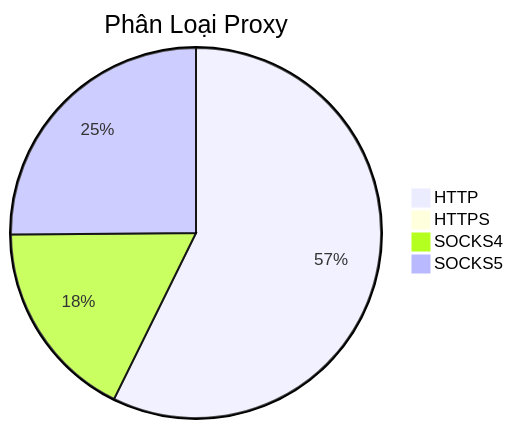
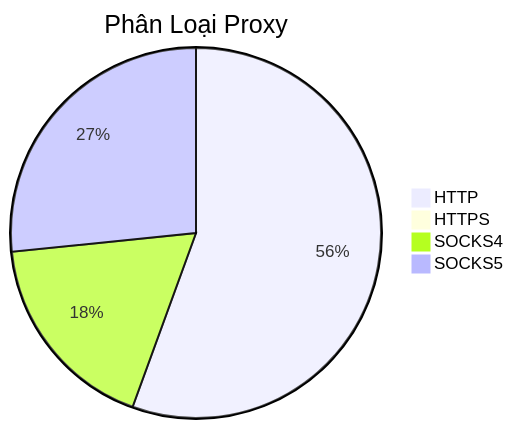
One commit to Ciara-12/PROXY-free changed the diagram in README.md. Above: the diagram before and after it, drawn with Mermaid. The commit also changed other lines of this file and 3 other files, not shown here.

````diff
--- a/README.md
+++ b/README.md
@@ -26,7 +26,7 @@
 ```mermaid
 pie title Phân Loại Proxy
-    "HTTP" : 848
+    "HTTP" : 764
     "HTTPS" : 0
-    "SOCKS4" : 260
-    "SOCKS5" : 372
+    "SOCKS4" : 245
+    "SOCKS5" : 366
 ```
````
